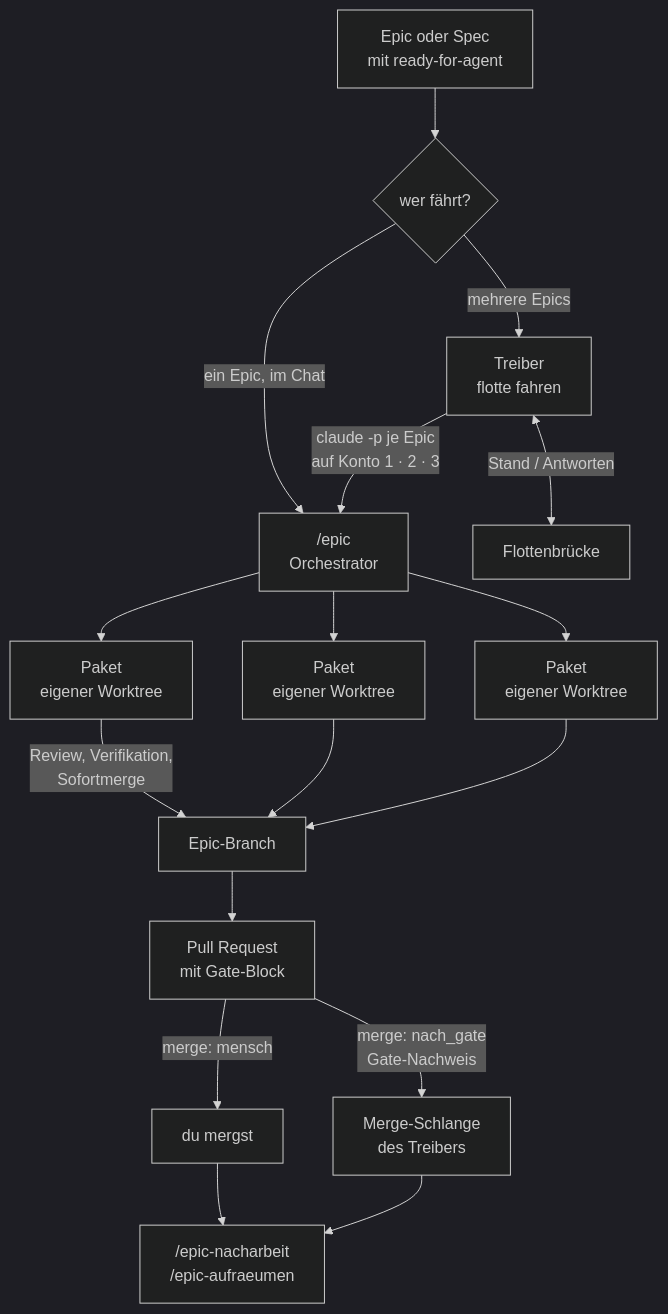
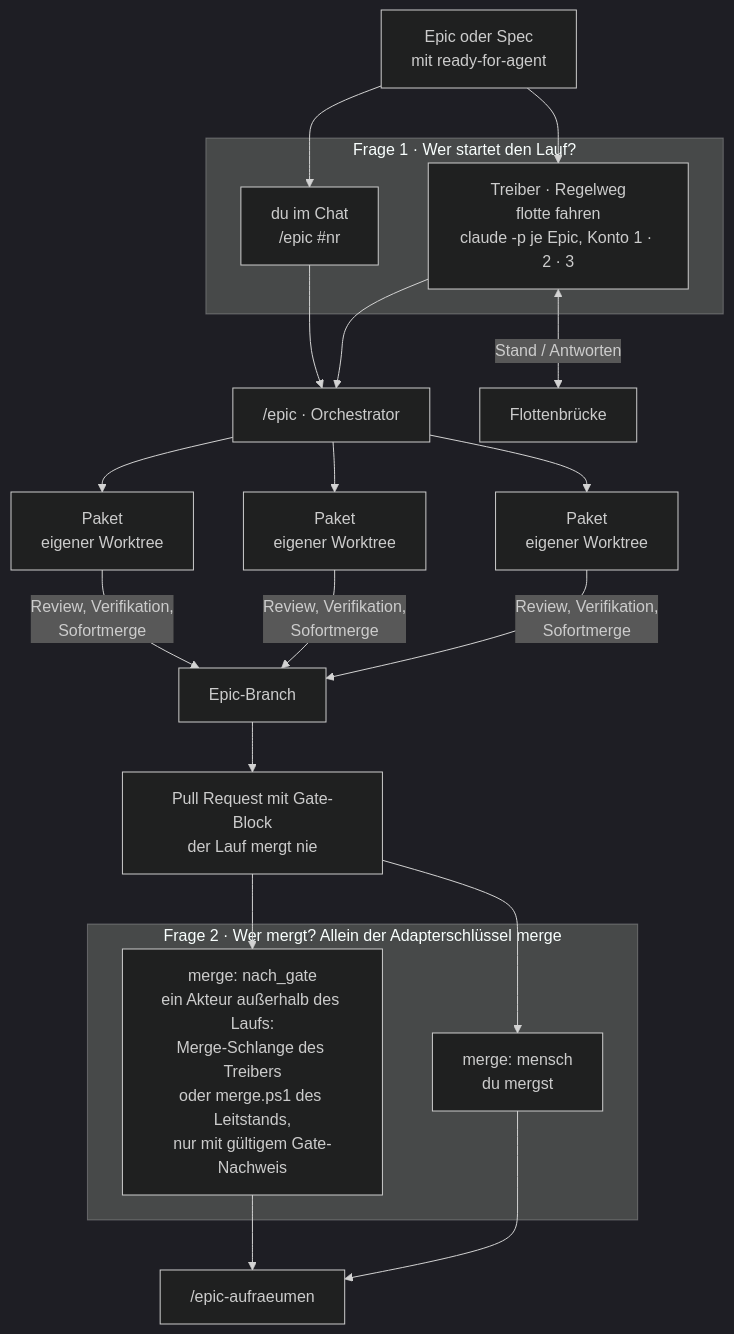
Before and after one commit to interias/agent-skills: the first of 2 diagrams in README.md, drawn with Mermaid (dark theme). The commit also changed other lines of this file and 4 other files, not shown here.

````diff
--- a/README.md
+++ b/README.md
@@ -11,15 +11,20 @@
 ```mermaid
 flowchart TD
-  I["Epic oder Spec<br/>mit ready-for-agent"] --> W{"wer fährt?"}
-  W -->|"ein Epic, im Chat"| E
-  W -->|"mehrere Epics"| T["Treiber<br/>flotte fahren"]
-  T -->|"claude -p je Epic<br/>auf Konto 1 · 2 · 3"| E["/epic<br/>Orchestrator"]
+  I["Epic oder Spec<br/>mit ready-for-agent"]
+  subgraph S["Frage 1 · Wer startet den Lauf?"]
+    T["Treiber · Regelweg<br/>flotte fahren<br/>claude -p je Epic, Konto 1 · 2 · 3"]
+    C["du im Chat<br/>/epic #nr"]
+  end
+  I --> T & C
+  T & C --> E["/epic · Orchestrator"]
   E --> P1["Paket<br/>eigener Worktree"] & P2["Paket<br/>eigener Worktree"] & P3["Paket<br/>eigener Worktree"]
-  P2 -->|"Review, Verifikation,<br/>Sofortmerge"| B["Epic-Branch"]
-  P1 & P3 --> B
-  B --> PR["Pull Request<br/>mit Gate-Block"]
-  PR -->|"merge: mensch"| M["du mergst"]
-  PR -->|"merge: nach_gate<br/>Gate-Nachweis"| Q["Merge-Schlange<br/>des Treibers"]
-  M & Q --> N["/epic-nacharbeit<br/>/epic-aufraeumen"]
+  P1 & P2 & P3 -->|"Review, Verifikation,<br/>Sofortmerge"| B["Epic-Branch"]
+  B --> PR["Pull Request mit Gate-Block<br/>der Lauf mergt nie"]
+  subgraph G["Frage 2 · Wer mergt? Allein der Adapterschlüssel merge"]
+    M["merge: mensch<br/>du mergst"]
+    Q["merge: nach_gate<br/>ein Akteur außerhalb des Laufs:<br/>Merge-Schlange des Treibers<br/>oder merge.ps1 des Leitstands,<br/>nur mit gültigem Gate-Nachweis"]
+  end
+  PR --> M & Q
+  M & Q --> N["/epic-aufraeumen"]
   T <-->|"Stand / Antworten"| BR["Flottenbrücke"]
 ```
````
